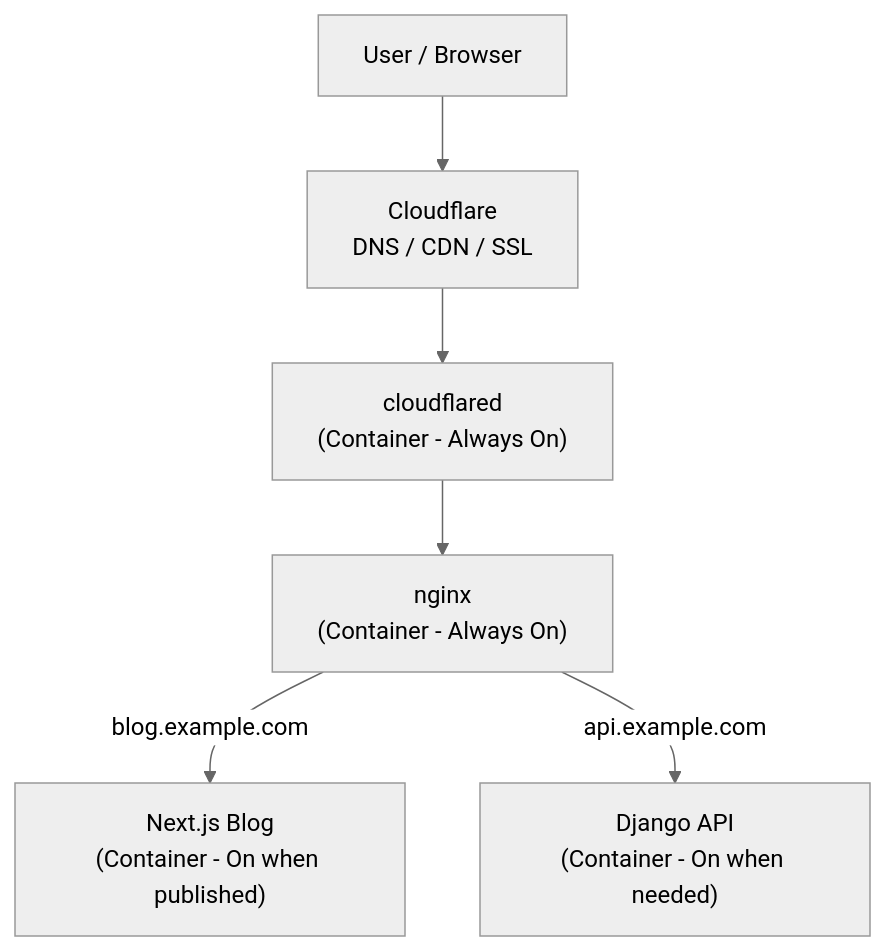
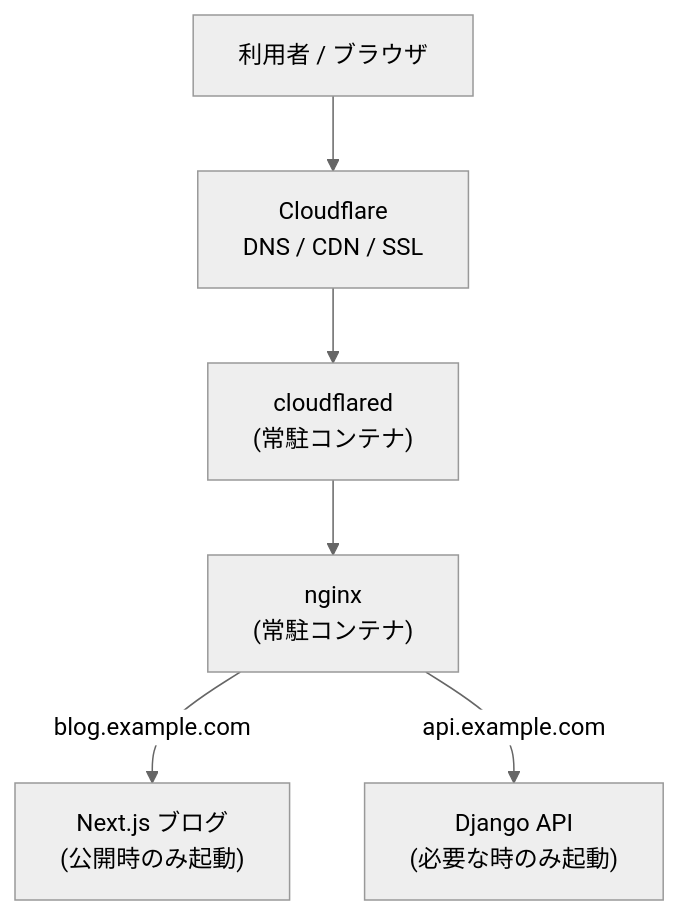
Before and after one commit to haru-0035-git/haru-0035-git: the diagram in README.md, drawn with Mermaid (neutral theme).

Commit message:
Update README.md
予定

````diff
--- a/README.md
+++ b/README.md
@@ -14,17 +14,17 @@
 ```mermaid
 flowchart TB
-    User["User / Browser"]
+    User["利用者 / ブラウザ"]
     CF["Cloudflare<br>DNS / CDN / SSL"]
-    Tunnel["cloudflared<br>(Container - Always On)"]
-    Nginx["nginx<br>(Container - Always On)"]
+    Tunnel["cloudflared<br>(常駐コンテナ)"]
+    Nginx["nginx<br>(常駐コンテナ)"]
 
-    Blog["Next.js Blog<br>(Container - On when published)"]
-    API["Django API<br>(Container - On when needed)"]
+    Blog["Next.js ブログ<br>(公開時のみ起動)"]
+    API["Django API<br>(必要な時のみ起動)"]
 
     User --> CF
     CF --> Tunnel
     Tunnel --> Nginx
 
     Nginx -->|"blog.example.com"| Blog
     Nginx -->|"api.example.com"| API
 ```
````
